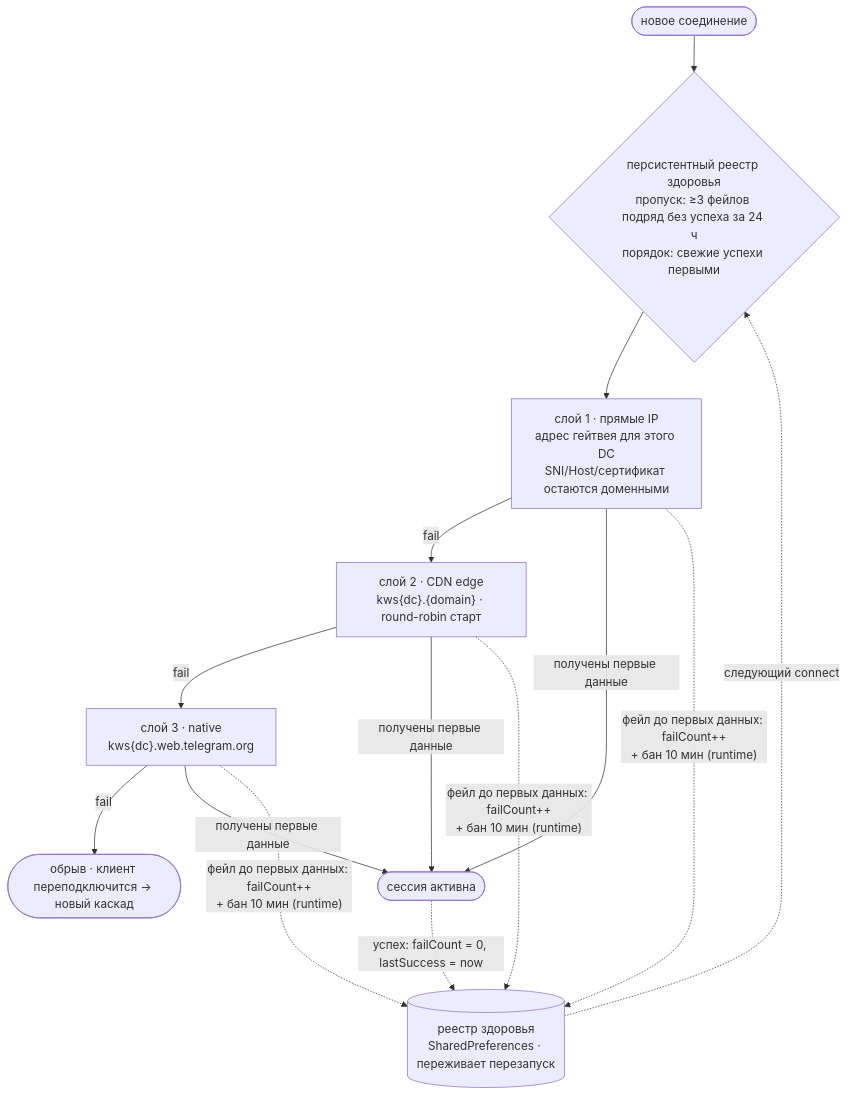
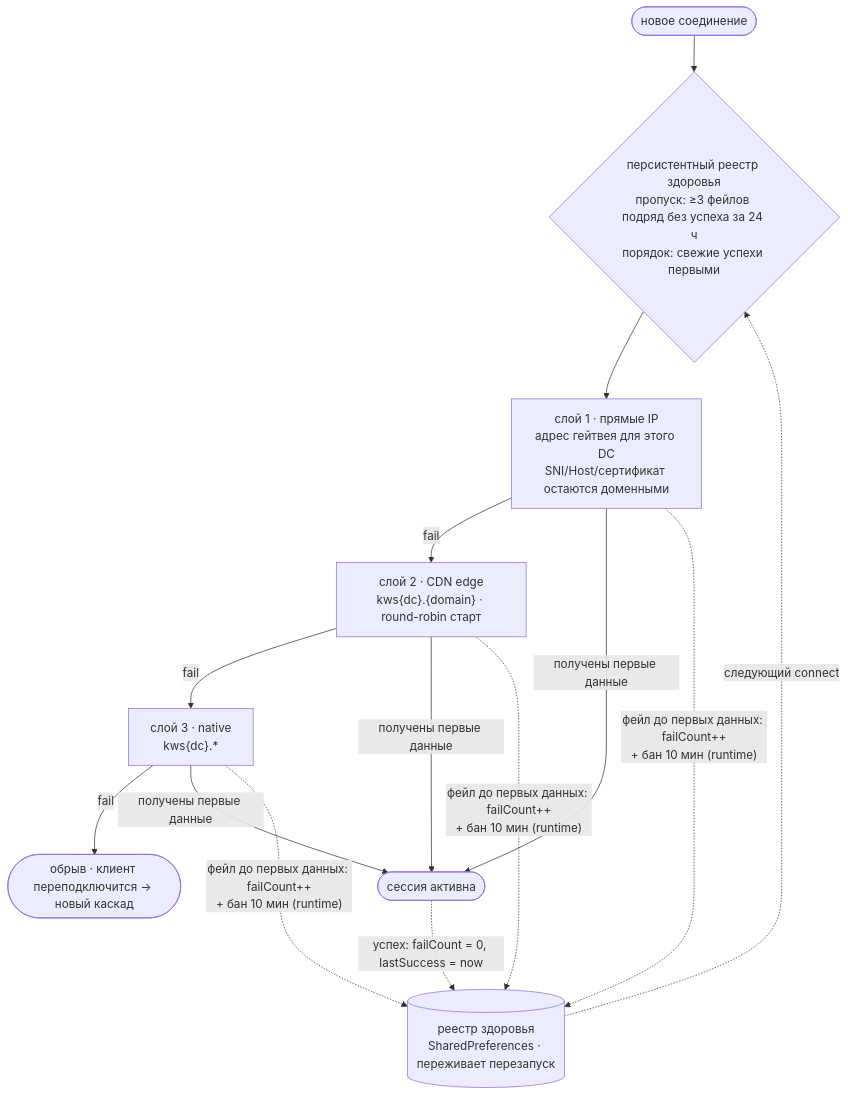
The second of 2 diagrams in README.ru.md (KiraSunshine/WSBridge-Android), drawn with Mermaid before and after one commit. The commit also changed other lines of this file and 1 other file, not shown here.

````diff
--- a/README.ru.md
+++ b/README.ru.md
@@ -51,12 +52,12 @@
 ```mermaid
 flowchart TD
     A(["новое соединение"]) --> B{"персистентный реестр здоровья<br/>пропуск: ≥3 фейлов подряд без успеха за 24 ч<br/>порядок: свежие успехи первыми"}
     B --> T1["слой 1 · прямые IP<br/>адрес гейтвея для этого DC<br/>SNI/Host/сертификат остаются доменными"]
     T1 -->|fail| T2["слой 2 · CDN edge<br/>kws{dc}.{domain} · round-robin старт"]
-    T2 -->|fail| T3["слой 3 · native<br/>kws{dc}.web.telegram.org"]
+    T2 -->|fail| T3["слой 3 · native<br/>kws{dc}.*"]
     T3 -->|fail| X(["обрыв · клиент переподключится → новый каскад"])
     T1 & T2 & T3 -->|получены первые данные| OK(["сессия активна"])
     OK -.->|"успех: failCount = 0, lastSuccess = now"| R[("реестр здоровья<br/>SharedPreferences · переживает перезапуск")]
     T1 & T2 & T3 -.->|"фейл до первых данных: failCount++<br/>+ бан 10 мин (runtime)"| R
     R -.->|следующий connect| B
 ```
````
